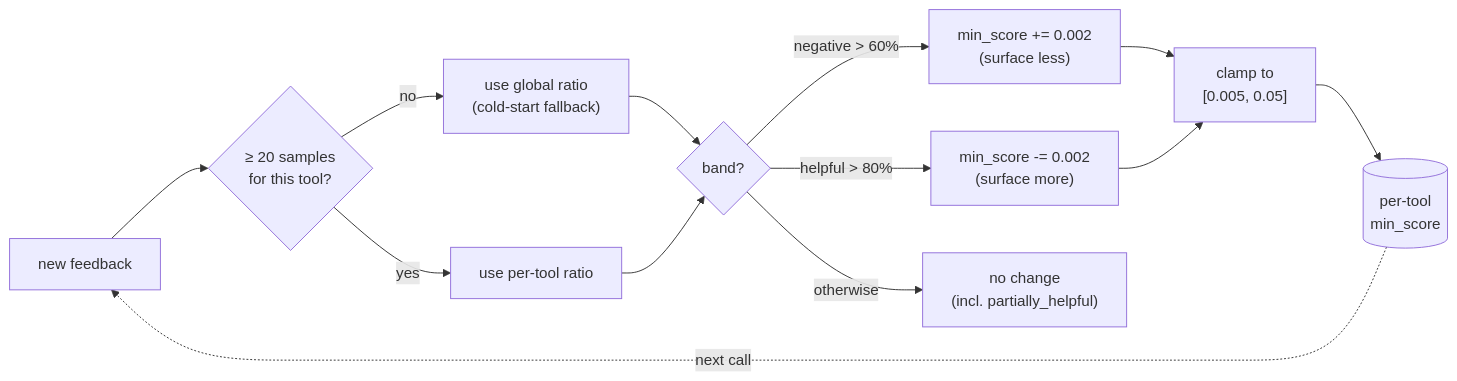
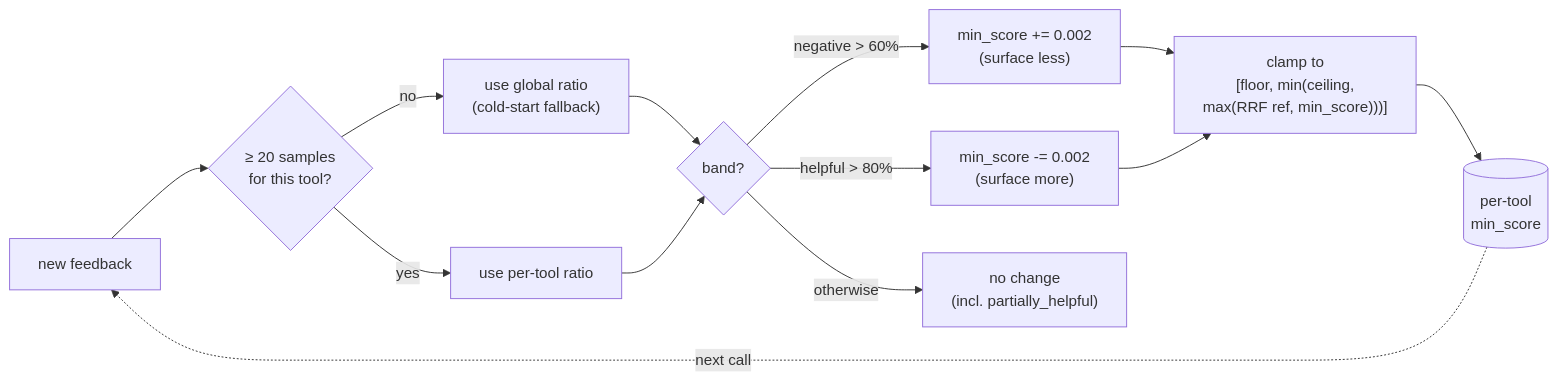
One commit to memtomem/memtomem-stm changed the fifth of 5 diagrams in docs/surfacing.md. Above: the diagram before and after it, drawn with Mermaid. The commit also changed other lines of this file and 6 other files, not shown here.

````diff
--- a/docs/surfacing.md
+++ b/docs/surfacing.md
@@ -628,15 +640,15 @@
 ```mermaid
 flowchart LR
     Sample["new feedback"] --> N{"≥ 20 samples<br/>for this tool?"}
     N -->|no| Cold["use global ratio<br/>(cold-start fallback)"]
     N -->|yes| Local["use per-tool ratio"]
     Cold --> R{"band?"}
     Local --> R
     R -->|"negative > 60%"| Up["min_score += 0.002<br/>(surface less)"]
     R -->|"helpful > 80%"| Down["min_score -= 0.002<br/>(surface more)"]
     R -->|"otherwise"| Hold["no change<br/>(incl. partially_helpful)"]
-    Up --> Cap["clamp to<br/>[0.005, 0.05]"]
+    Up --> Cap["clamp to<br/>[floor, min(ceiling,<br/>max(RRF ref, min_score)))]"]
     Down --> Cap
     Cap --> Tool[("per-tool<br/>min_score")]
     Tool -.->|next call| Sample
 ```
````
